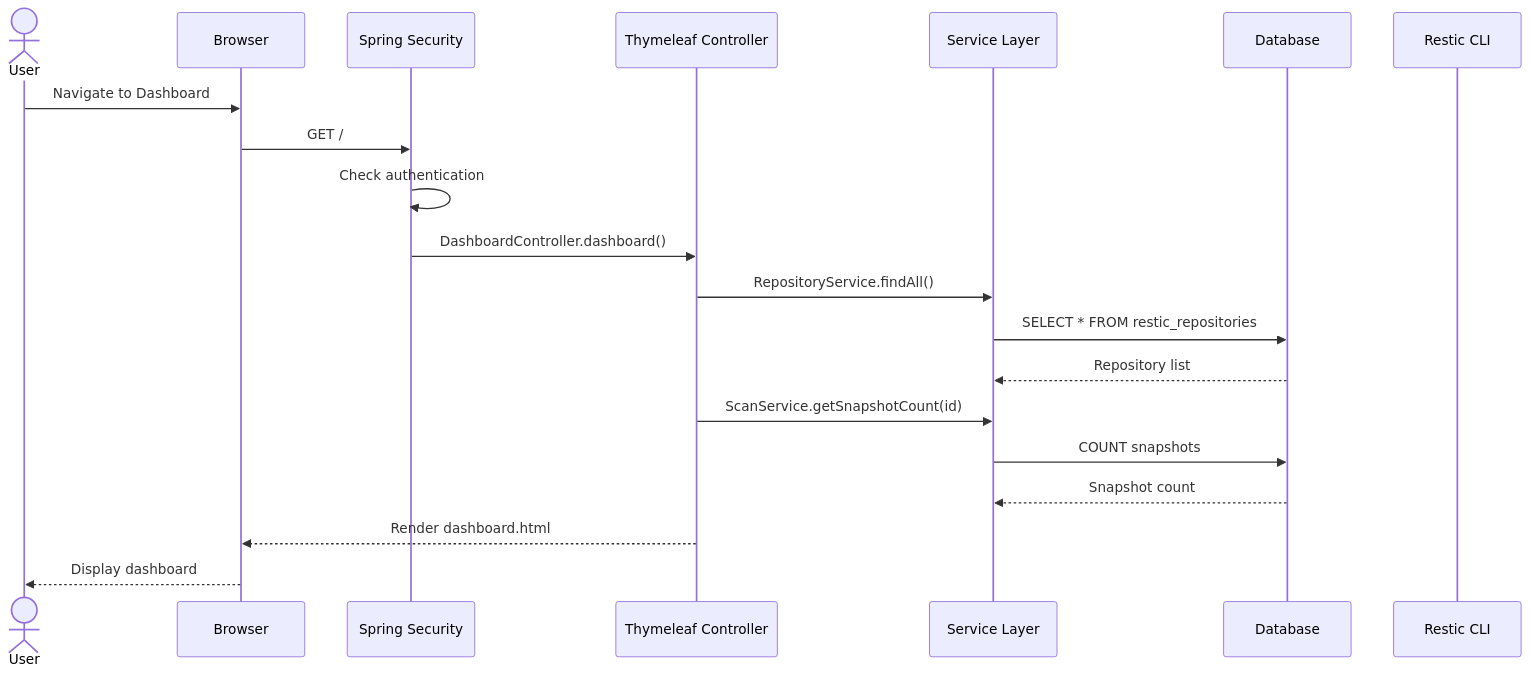
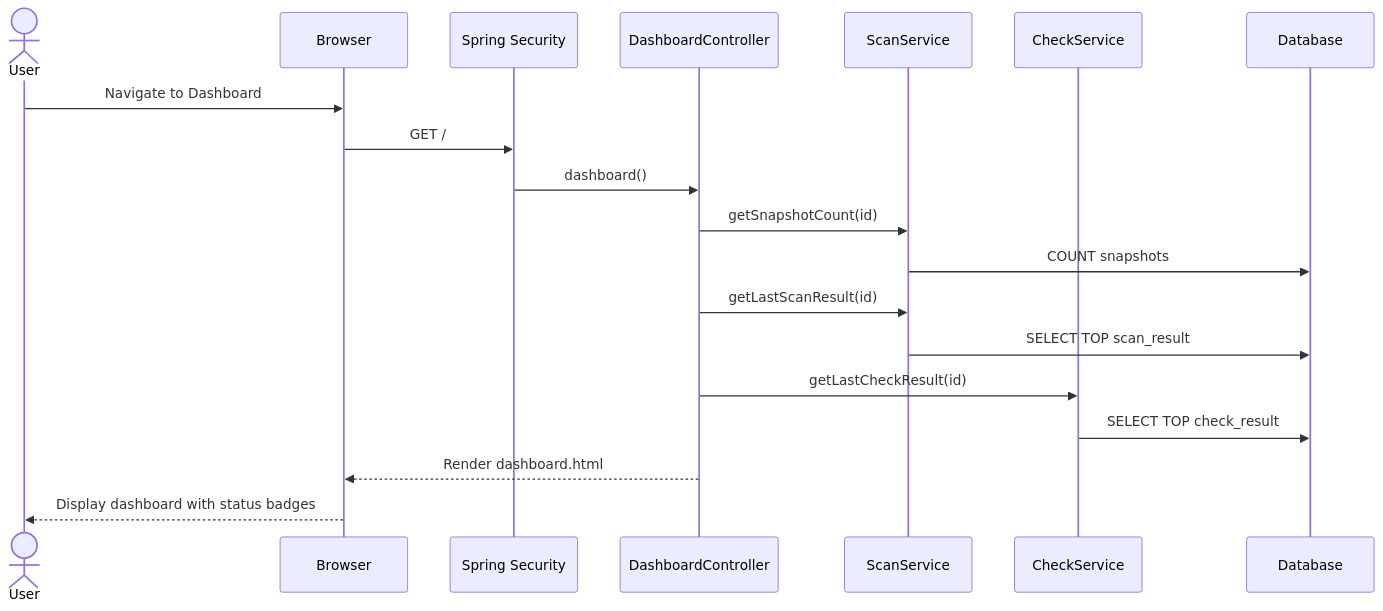
The third of 9 diagrams in docs/ARCHITECTURE.md (tmseidel/restic-explorer), drawn with Mermaid before and after one commit. The commit also changed other lines of this file and 2 other files, not shown here.

````diff
--- a/docs/ARCHITECTURE.md
+++ b/docs/ARCHITECTURE.md
@@ -120,23 +146,22 @@
 ```mermaid
 sequenceDiagram
     actor User
     participant Browser
     participant Security as Spring Security
-    participant Controller as Thymeleaf Controller
-    participant Service as Service Layer
+    participant Controller as DashboardController
+    participant ScanSvc as ScanService
+    participant CheckSvc as CheckService
     participant DB as Database
-    participant Restic as Restic CLI
 
     User->>Browser: Navigate to Dashboard
     Browser->>Security: GET /
-    Security->>Security: Check authentication
-    Security->>Controller: DashboardController.dashboard()
-    Controller->>Service: RepositoryService.findAll()
-    Service->>DB: SELECT * FROM restic_repositories
-    DB-->>Service: Repository list
-    Controller->>Service: ScanService.getSnapshotCount(id)
-    Service->>DB: COUNT snapshots
-    DB-->>Service: Snapshot count
+    Security->>Controller: dashboard()
+    Controller->>ScanSvc: getSnapshotCount(id)
+    ScanSvc->>DB: COUNT snapshots
+    Controller->>ScanSvc: getLastScanResult(id)
+    ScanSvc->>DB: SELECT TOP scan_result
+    Controller->>CheckSvc: getLastCheckResult(id)
+    CheckSvc->>DB: SELECT TOP check_result
     Controller-->>Browser: Render dashboard.html
-    Browser-->>User: Display dashboard
+    Browser-->>User: Display dashboard with status badges
 ```
````
